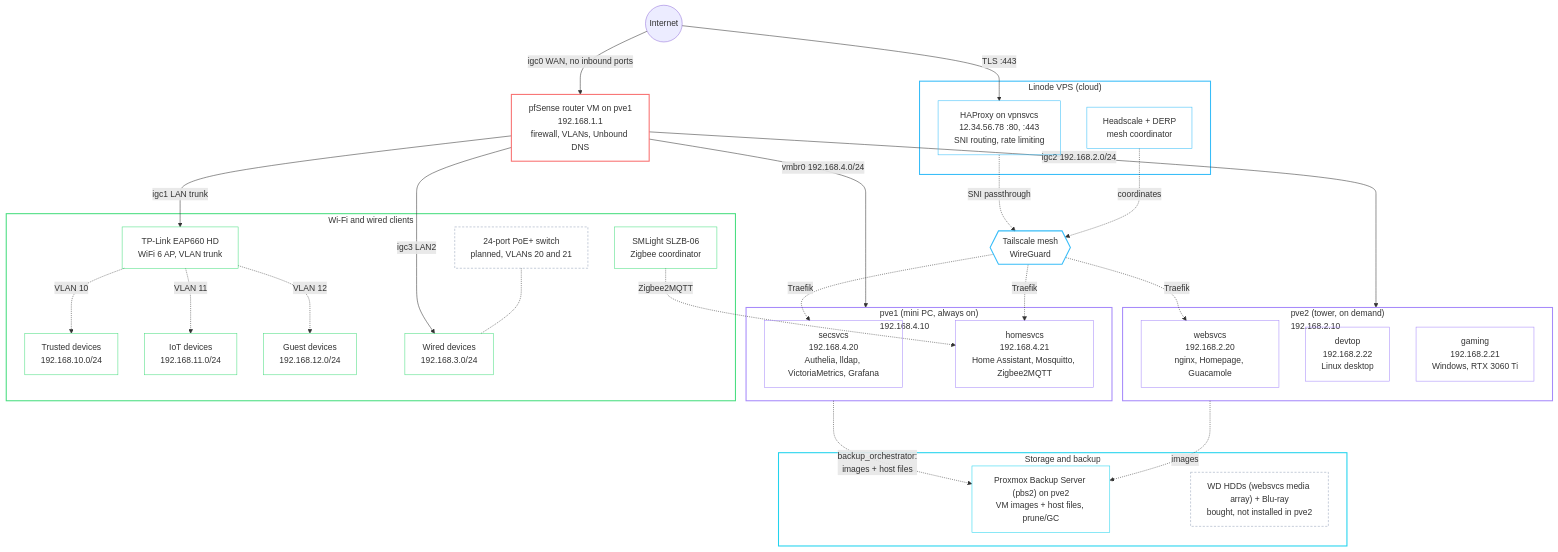
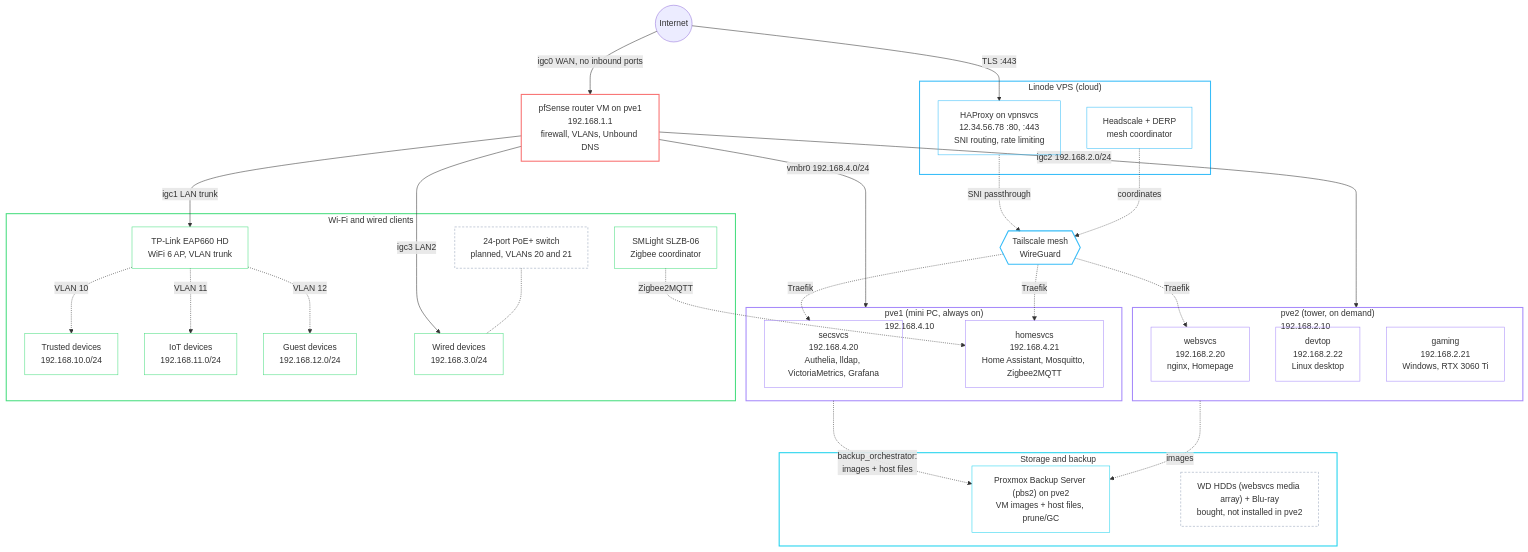
One commit to babraham123/homelab changed the diagram in docs/architecture.md. Above: the diagram before and after it, drawn with Mermaid. The commit also changed 57 other files, not shown here.

````diff
--- a/docs/architecture.md
+++ b/docs/architecture.md
@@ -20,75 +20,75 @@
 ```mermaid
 flowchart TB
     inet(("Internet"))
 
     subgraph cloud["Linode VPS (cloud)"]
         haproxy["HAProxy on vpnsvcs<br/>12.34.56.78 :80, :443<br/>SNI routing, rate limiting"]
         headscale["Headscale + DERP<br/>mesh coordinator"]
     end
 
     fw["pfSense router VM on pve1<br/>192.168.1.1<br/>firewall, VLANs, Unbound DNS"]
     mesh{{"Tailscale mesh<br/>WireGuard"}}
 
     subgraph pve1["pve1 (mini PC, always on)<br/>192.168.4.10"]
         secsvcs["secsvcs<br/>192.168.4.20<br/>Authelia, lldap, VictoriaMetrics, Grafana"]
         homesvcs["homesvcs<br/>192.168.4.21<br/>Home Assistant, Mosquitto, Zigbee2MQTT"]
     end
 
     subgraph pve2["pve2 (tower, on demand)<br/>192.168.2.10"]
-        websvcs["websvcs<br/>192.168.2.20<br/>nginx, Homepage, Guacamole"]
+        websvcs["websvcs<br/>192.168.2.20<br/>nginx, Homepage"]
         devtop["devtop<br/>192.168.2.22<br/>Linux desktop"]
         gaming["gaming<br/>192.168.2.21<br/>Windows, RTX 3060 Ti"]
     end
 
     subgraph clients["Wi-Fi and wired clients"]
         ap["TP-Link EAP660 HD<br/>WiFi 6 AP, VLAN trunk"]
         trusted["Trusted devices<br/>192.168.10.0/24"]
         iot["IoT devices<br/>192.168.11.0/24"]
         guest["Guest devices<br/>192.168.12.0/24"]
         zigbee["SMLight SLZB-06<br/>Zigbee coordinator"]
         wdev["Wired devices<br/>192.168.3.0/24"]
         sw["24-port PoE+ switch<br/>planned, VLANs 20 and 21"]
     end
 
     subgraph store["Storage and backup"]
         pbs2["Proxmox Backup Server (pbs2) on pve2<br/>VM images + host files, prune/GC"]
         hdds["WD HDDs (websvcs media array) + Blu-ray<br/>bought, not installed in pve2"]
     end
 
     inet -- "TLS :443" --> haproxy
     inet -- "igc0 WAN, no inbound ports" --> fw
     haproxy -. "SNI passthrough" .-> mesh
     headscale -. "coordinates" .-> mesh
     mesh -. "Traefik" .-> secsvcs
     mesh -. "Traefik" .-> homesvcs
     mesh -. "Traefik" .-> websvcs
     fw -- "vmbr0 192.168.4.0/24" --> pve1
     fw -- "igc2 192.168.2.0/24" --> pve2
     fw -- "igc1 LAN trunk" --> ap
     fw -- "igc3 LAN2" --> wdev
     ap -. "VLAN 10" .-> trusted
     ap -. "VLAN 11" .-> iot
     ap -. "VLAN 12" .-> guest
     zigbee -. "Zigbee2MQTT" .-> homesvcs
     sw -.- wdev
     pve1 -. "backup_orchestrator:<br/>images + host files" .-> pbs2
     pve2 -. "images" .-> pbs2
 
     style cloud stroke:#38bdf8,stroke-width:2px,fill:transparent
     style pve1 stroke:#a78bfa,stroke-width:2px,fill:transparent
     style pve2 stroke:#a78bfa,stroke-width:2px,fill:transparent
     style clients stroke:#4ade80,stroke-width:2px,fill:transparent
     style store stroke:#22d3ee,stroke-width:2px,fill:transparent
     style fw stroke:#f87171,stroke-width:2px,fill:transparent
     style mesh stroke:#38bdf8,stroke-width:2px,fill:transparent
     classDef ext stroke:#38bdf8,fill:transparent
     classDef host stroke:#a78bfa,fill:transparent
     classDef data stroke:#22d3ee,fill:transparent
     classDef dev stroke:#4ade80,fill:transparent
     classDef planned stroke:#94a3b8,stroke-dasharray:4 3,fill:transparent
     class haproxy,headscale ext
     class secsvcs,homesvcs,websvcs,devtop,gaming host
     class pbs2 data
     class ap,trusted,iot,guest,zigbee,wdev dev
     class hdds,sw planned
 ```
````
